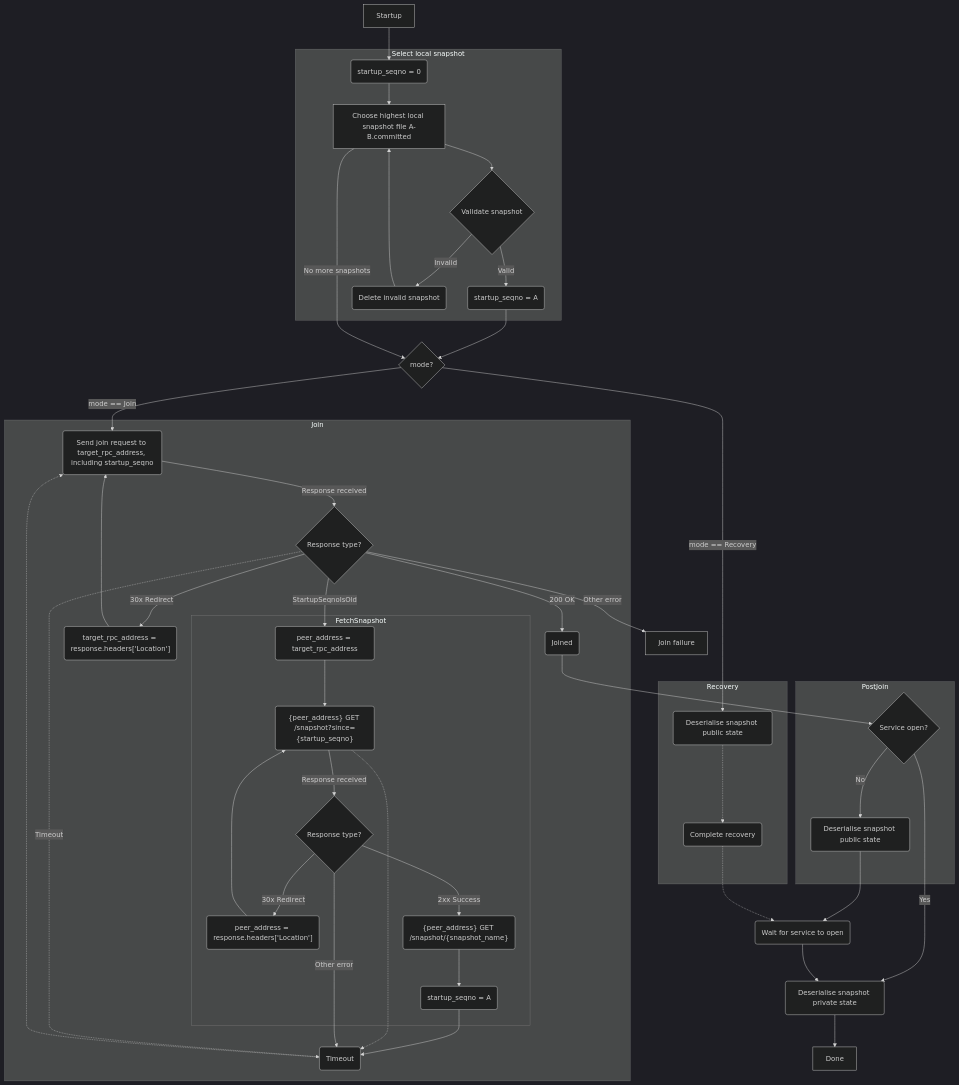
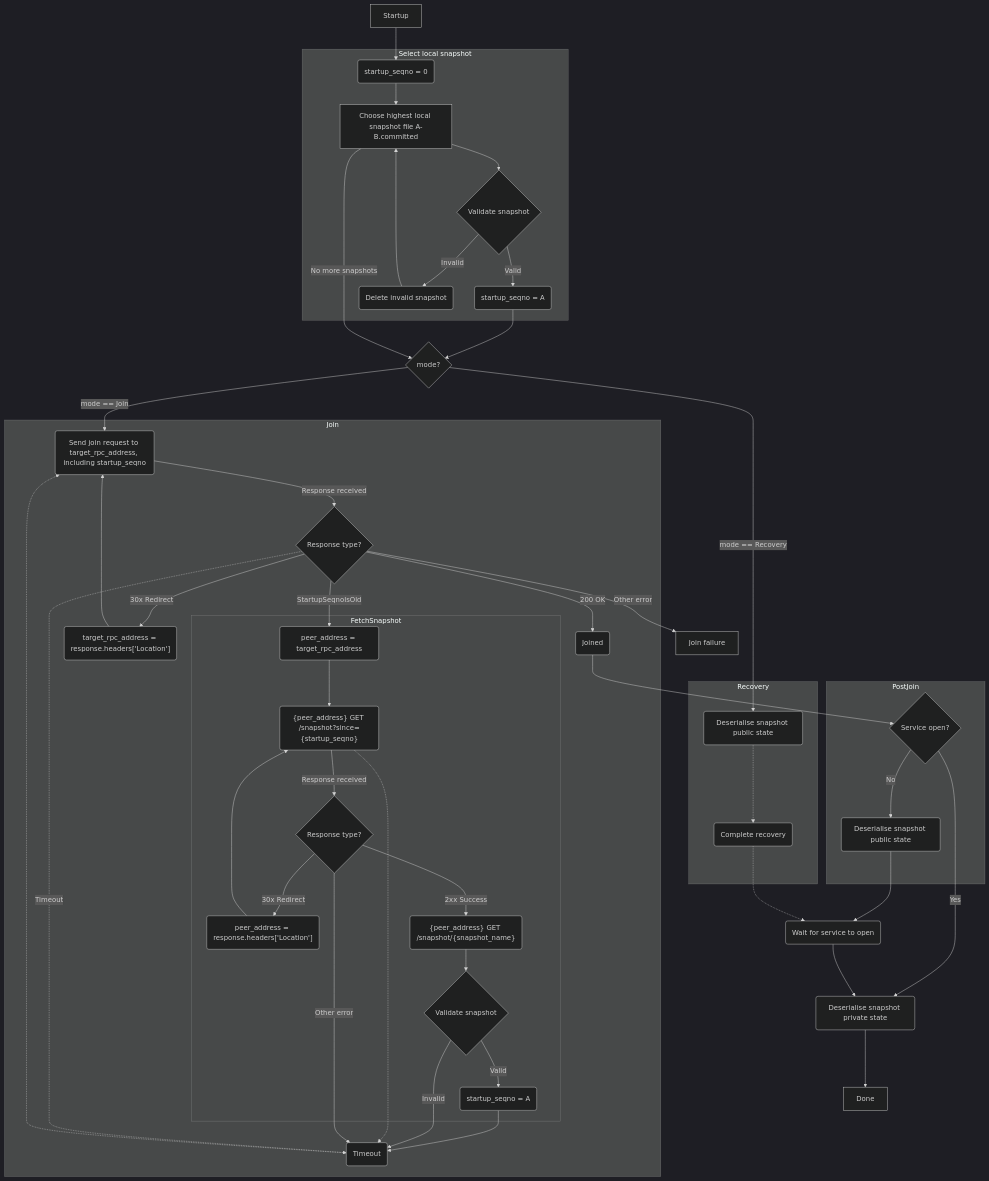
The fifth of 5 diagrams in doc/operations/ledger_snapshot.rst (microsoft/CCF), drawn with Mermaid (dark theme) before and after one commit. The commit also changed other lines of this file and 15 other files, not shown here.

```diff
--- a/doc/operations/ledger_snapshot.rst
+++ b/doc/operations/ledger_snapshot.rst
@@ -290,6 +301,7 @@
         fetch.response{"Response type?"}
         fetch.send("{peer_address} GET /snapshot?since={startup_seqno}")
         fetch.fetch("{peer_address} GET /snapshot/{snapshot_name}")
+        fetch.verify{"Validate snapshot"}
     
         recovery.process("Complete recovery")
         recovery.public("Deserialise snapshot public state")
@@ -325,11 +337,13 @@
                 fetch.begin --> fetch.send
                 fetch.send -->|Response received| fetch.response
                 fetch.response -->|2xx Success| fetch.fetch
-                fetch.fetch --> fetch.apply
+                fetch.fetch --> fetch.verify
+                fetch.verify -->|Valid| fetch.apply
                 fetch.response -->|30x Redirect| fetch.redirect
                 fetch.redirect --> fetch.send
             end
             fetch.apply --> join.timeout
+            fetch.verify -->|Invalid| join.timeout
             fetch.send -.-> join.timeout
             fetch.response -->|Other error| join.timeout
     
```
